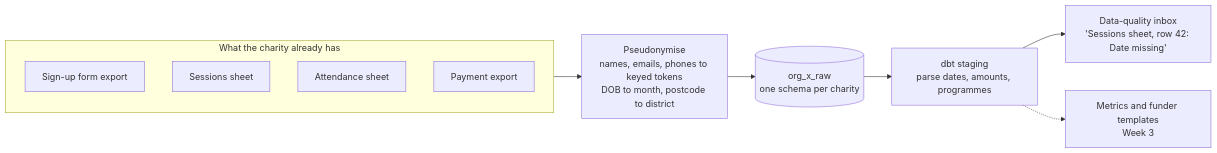
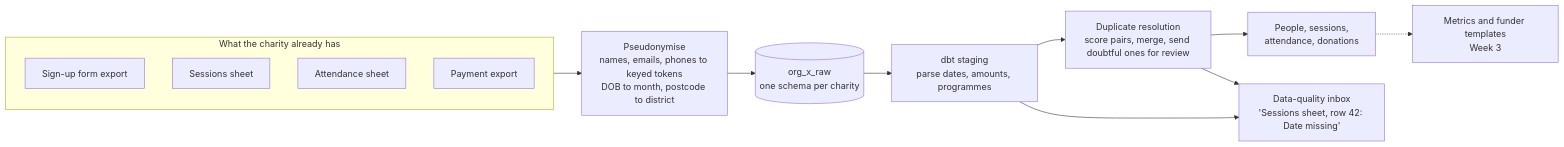
One commit to chanoch01/funderready changed the diagram in README.md. Above: the diagram before and after it, drawn with Mermaid. The commit also changed other lines of this file and 33 other files, not shown here.

First line of the commit message:
FunderReady Week 2: scored duplicate resolution, people and attendance tables, holdout checks

````diff
--- a/README.md
+++ b/README.md
@@ -17,16 +17,20 @@
 ```mermaid
 flowchart LR
     subgraph Sheets[What the charity already has]
         S1[Sign-up form export]
         S2[Sessions sheet]
         S3[Attendance sheet]
         S4[Payment export]
     end
     P[Pseudonymise<br/>names, emails, phones to keyed tokens<br/>DOB to month, postcode to district]
     R[(org_x_raw<br/>one schema per charity)]
     D[dbt staging<br/>parse dates, amounts, programmes]
+    E[Duplicate resolution<br/>score pairs, merge, send doubtful ones for review]
+    F[People, sessions,<br/>attendance, donations]
     Q[Data-quality inbox<br/>'Sessions sheet, row 42: Date missing']
     M[Metrics and funder templates<br/>Week 3]
-    Sheets --> P --> R --> D --> Q
-    D -.-> M
+    Sheets --> P --> R --> D --> E --> F
+    E --> Q
+    D --> Q
+    F -.-> M
 ```
````
